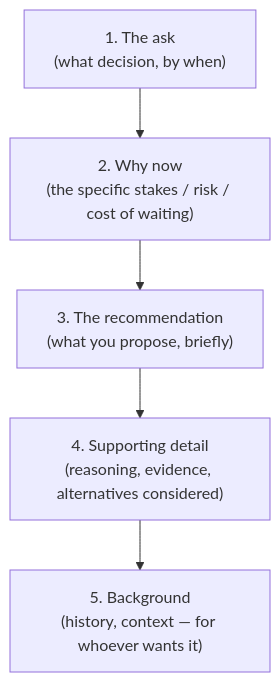
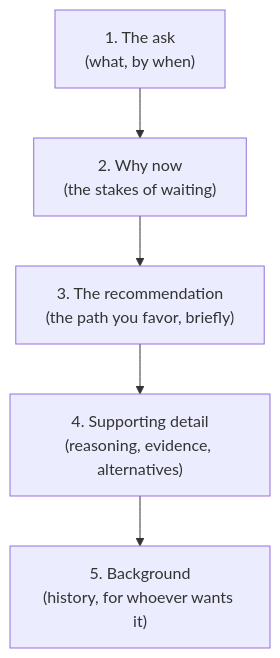
One commit to francoandreDev/knowledge changed the second of 2 diagrams in src/content/business-communication/executive-summaries/L2-concept.mdx. Above: the diagram before and after it, drawn with Mermaid. The commit also changed other lines of this file and 3 other files, not shown here.

````diff
--- a/src/content/business-communication/executive-summaries/L2-concept.mdx
+++ b/src/content/business-communication/executive-summaries/L2-concept.mdx
@@ -70,7 +79,7 @@
 ```mermaid
 flowchart TD
-    A["1. The ask\n(what decision, by when)"] --> B["2. Why now\n(the specific stakes / risk / cost of waiting)"]
-    B --> C["3. The recommendation\n(what you propose, briefly)"]
-    C --> D["4. Supporting detail\n(reasoning, evidence, alternatives considered)"]
-    D --> E["5. Background\n(history, context — for whoever wants it)"]
+    A["1. The ask\n(what, by when)"] --> B["2. Why now\n(the stakes of waiting)"]
+    B --> C["3. The recommendation\n(the path you favor, briefly)"]
+    C --> D["4. Supporting detail\n(reasoning, evidence, alternatives)"]
+    D --> E["5. Background\n(history, for whoever wants it)"]
 ```
````
